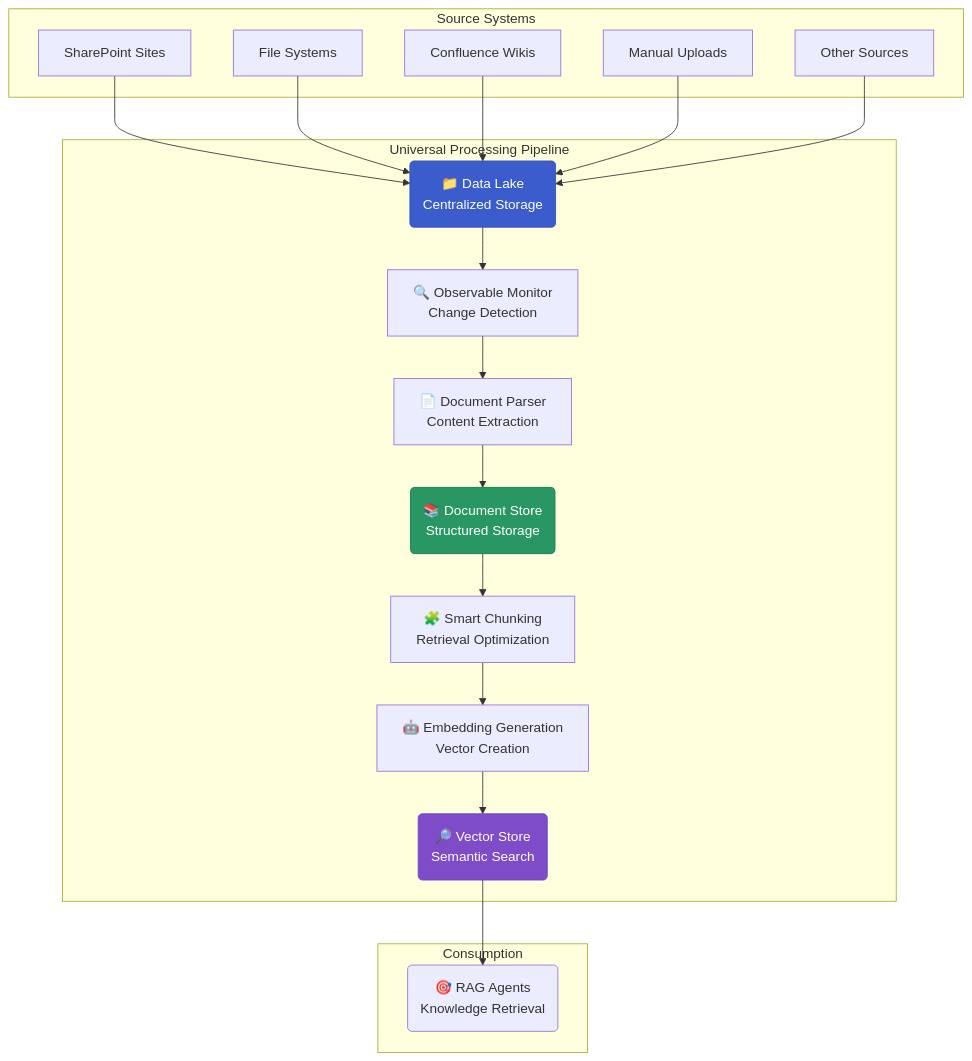
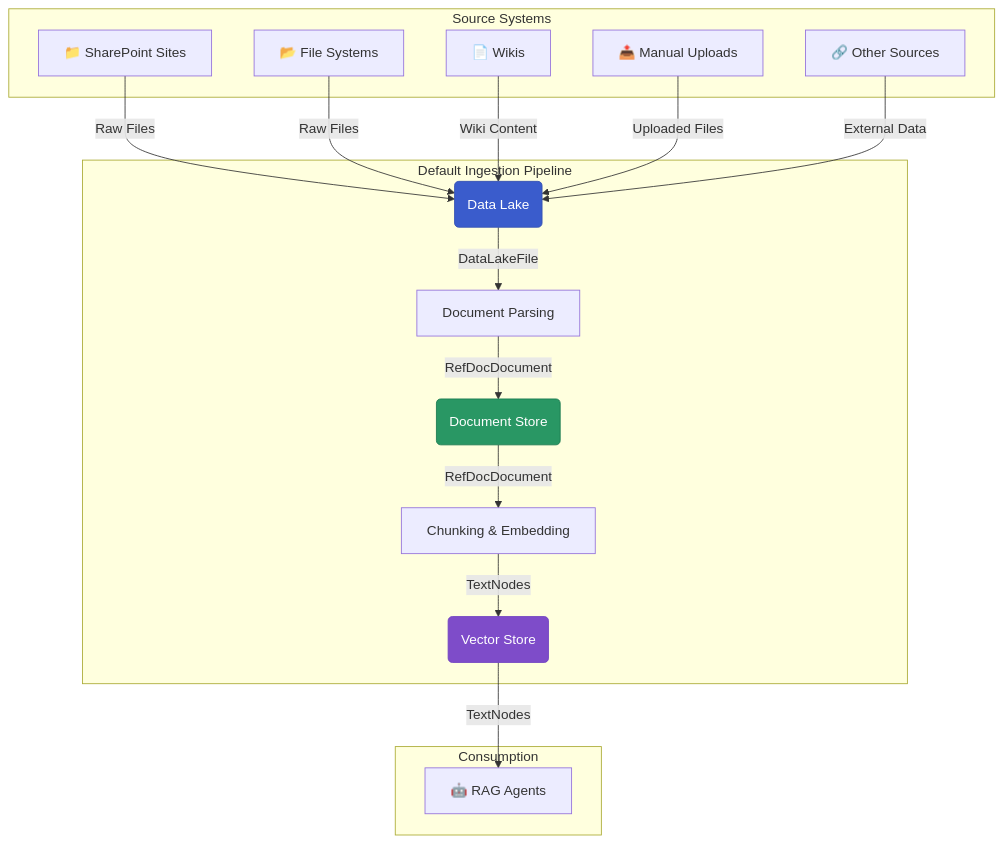
Before and after one commit to bbvch-ai/aihub-core: the diagram in aihub_doc/docs/3_sdk/3_building_pipelines/index.md, drawn with Mermaid. The commit also changed other lines of this file and 9 other files, not shown here.

Commit message:
Update document pipeline configuration and enhance index documentation for clarity

````diff
--- a/aihub_doc/docs/3_sdk/3_building_pipelines/index.md
+++ b/aihub_doc/docs/3_sdk/3_building_pipelines/index.md
@@ -118,42 +25,38 @@
 ```mermaid
 graph TD
     subgraph "Source Systems"
-        A[SharePoint Sites]
-        B[File Systems] 
-        C[Confluence Wikis]
-        D[Manual Uploads]
-        E[Other Sources]
+        A["📁 SharePoint Sites"]
+        B["📂 File Systems"] 
+        C["📄 Wikis"]
+        D["📤 Manual Uploads"]
+        E["🔗 Other Sources"]
     end
     
-    subgraph "Universal Processing Pipeline"
-        F(📁 Data Lake<br/>Centralized Storage)
-        G[🔍 Observable Monitor<br/>Change Detection]
-        H[📄 Document Parser<br/>Content Extraction]  
-        I(📚 Document Store<br/>Structured Storage)
-        J[🧩 Smart Chunking<br/>Retrieval Optimization]
-        K[🤖 Embedding Generation<br/>Vector Creation]
-        L(🔎 Vector Store<br/>Semantic Search)
+    subgraph "Default Ingestion Pipeline"
+        F("Data Lake")
+        G["Document Parsing"]
+        H("Document Store")
+        I["Chunking & Embedding"]
+        J("Vector Store")
     end
     
     subgraph "Consumption" 
-        M(🎯 RAG Agents<br/>Knowledge Retrieval)
+        K["🤖 RAG Agents"]
     end
     
-    A --> F
-    B --> F  
-    C --> F
-    D --> F
-    E --> F
+    A -->|Raw Files| F
+    B -->|Raw Files| F  
+    C -->|Wiki Content| F
+    D -->|Uploaded Files| F
+    E -->|External Data| F
     
-    F --> G
-    G --> H
-    H --> I
-    I --> J
-    J --> K  
-    K --> L
-    L --> M
+    F -->|DataLakeFile| G
+    G -->|RefDocDocument| H
+    H -->|RefDocDocument| I
+    I -->|TextNodes | J
+    J -->|TextNodes | K  
     
     style F fill:#3a5ccc,stroke:#3451b2,color:#ffffff
-    style I fill:#299764,stroke:#18794e,color:#ffffff  
-    style L fill:#7e4cc9,stroke:#6f42c1,color:#ffffff
+    style H fill:#299764,stroke:#18794e,color:#ffffff  
+    style J fill:#7e4cc9,stroke:#6f42c1,color:#ffffff
 ```
````
